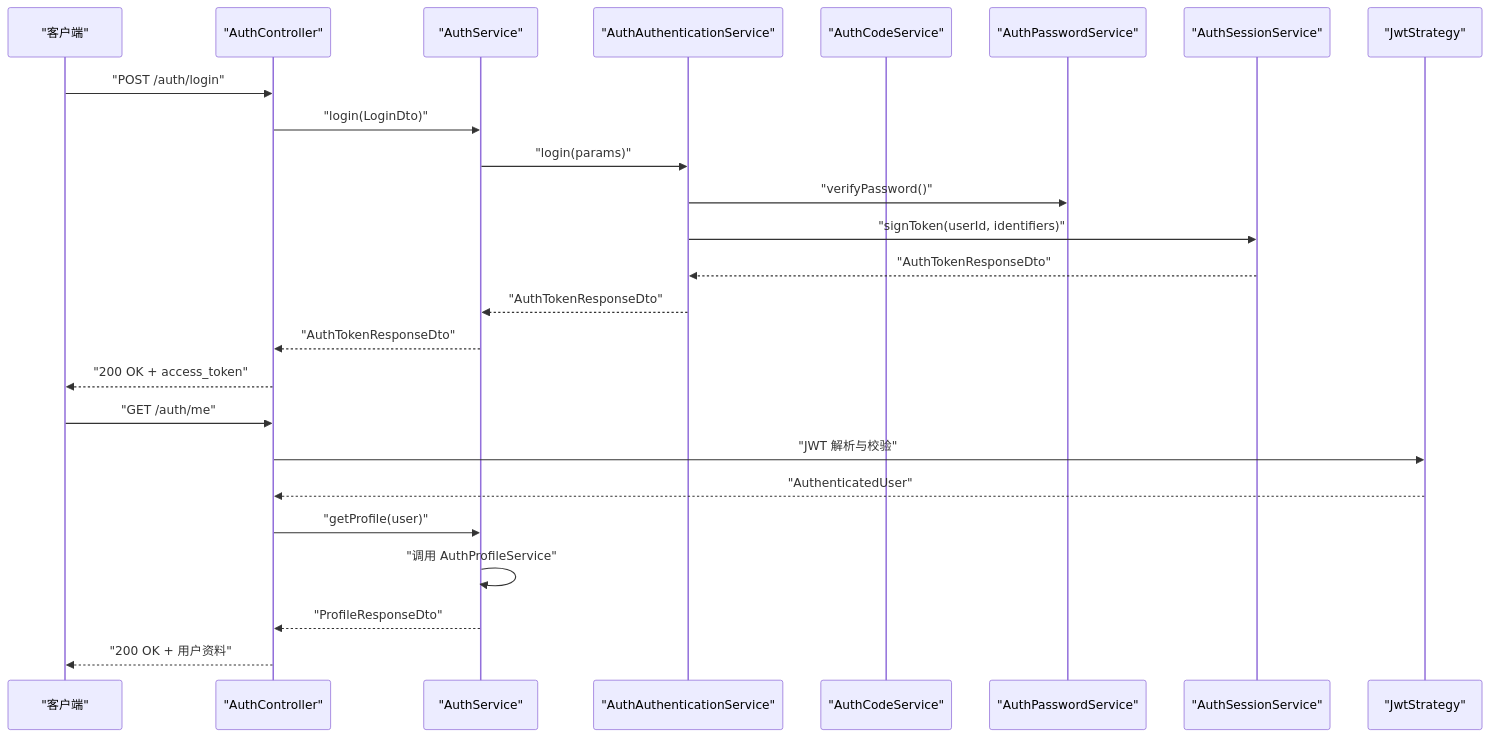
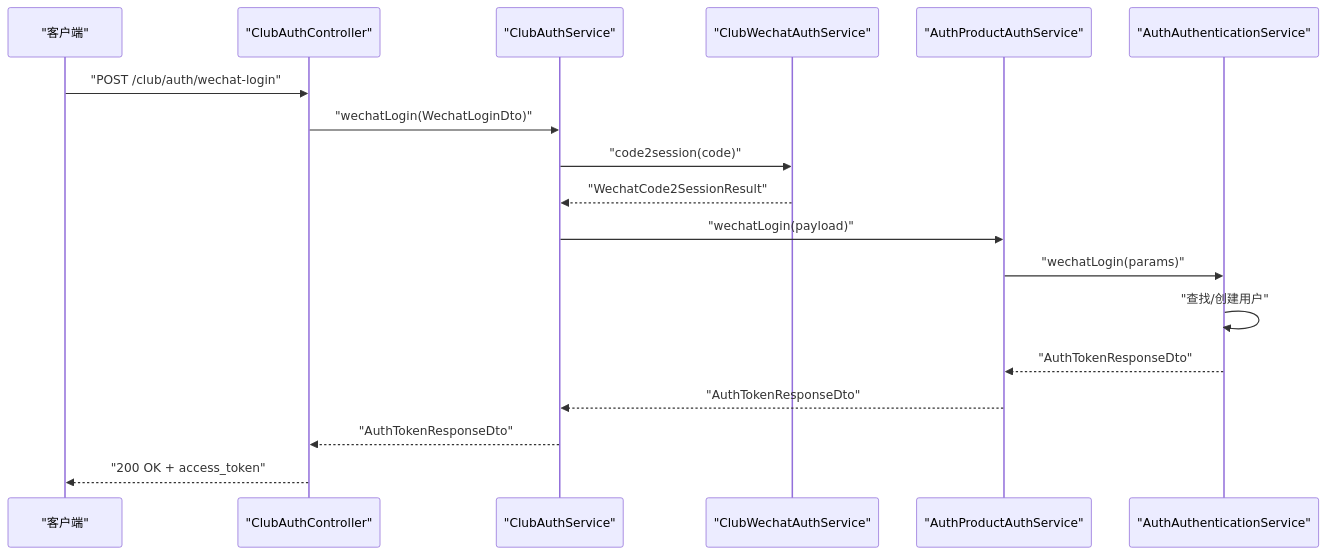
Before and after one commit to rc558620/purelyprofit-server: the second of 5 diagrams in .qoder/repowiki/zh/content/API 接口文档/认证接口.md, drawn with Mermaid. The commit also changed other lines of this file and 30 other files, not shown here.

````diff
--- a/.qoder/repowiki/zh/content/API 接口文档/认证接口.md
+++ b/.qoder/repowiki/zh/content/API 接口文档/认证接口.md
@@ -111,27 +103,20 @@
 ```mermaid
 sequenceDiagram
 participant Client as "客户端"
-participant Ctrl as "AuthController"
-participant Svc as "AuthService"
-participant Auth as "AuthAuthenticationService"
-participant Code as "AuthCodeService"
-participant Pass as "AuthPasswordService"
-participant Sess as "AuthSessionService"
-participant Strat as "JwtStrategy"
-Client->>Ctrl : "POST /auth/login"
-Ctrl->>Svc : "login(LoginDto)"
-Svc->>Auth : "login(params)"
-Auth->>Pass : "verifyPassword()"
-Auth->>Sess : "signToken(userId, identifiers)"
-Sess-->>Auth : "AuthTokenResponseDto"
-Auth-->>Svc : "AuthTokenResponseDto"
-Svc-->>Ctrl : "AuthTokenResponseDto"
-Ctrl-->>Client : "200 OK + access_token"
-Client->>Ctrl : "GET /auth/me"
-Ctrl->>Strat : "JWT 解析与校验"
-Strat-->>Ctrl : "AuthenticatedUser"
-Ctrl->>Svc : "getProfile(user)"
-Svc->>Svc : "调用 AuthProfileService"
-Svc-->>Ctrl : "ProfileResponseDto"
-Ctrl-->>Client : "200 OK + 用户资料"
+participant ClubCtrl as "ClubAuthController"
+participant ClubSvc as "ClubAuthService"
+participant WechatSvc as "ClubWechatAuthService"
+participant UnifiedSvc as "AuthProductAuthService"
+participant AuthSvc as "AuthAuthenticationService"
+Client->>ClubCtrl : "POST /club/auth/wechat-login"
+ClubCtrl->>ClubSvc : "wechatLogin(WechatLoginDto)"
+ClubSvc->>WechatSvc : "code2session(code)"
+WechatSvc-->>ClubSvc : "WechatCode2SessionResult"
+ClubSvc->>UnifiedSvc : "wechatLogin(payload)"
+UnifiedSvc->>AuthSvc : "wechatLogin(params)"
+AuthSvc->>AuthSvc : "查找/创建用户"
+AuthSvc-->>UnifiedSvc : "AuthTokenResponseDto"
+UnifiedSvc-->>ClubSvc : "AuthTokenResponseDto"
+ClubSvc-->>ClubCtrl : "AuthTokenResponseDto"
+ClubCtrl-->>Client : "200 OK + access_token"
 ```
````
